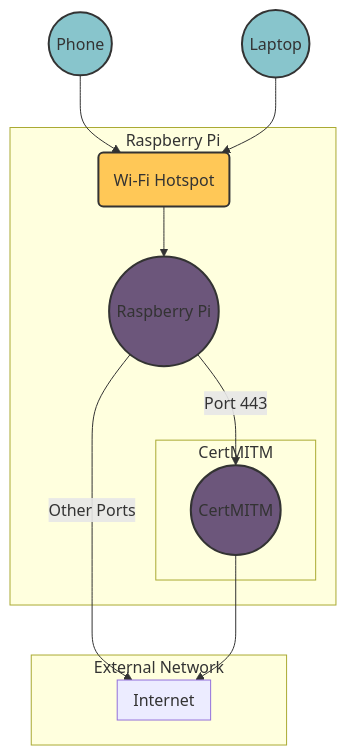
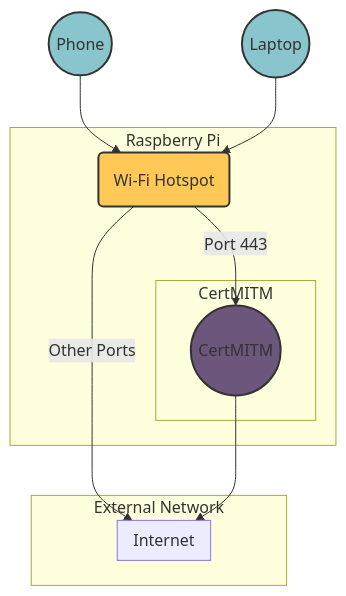
One commit to HenryPol14/CloudAndNetworkSecurity changed the second of 2 diagrams in 3. Network Protocols/README.md. Above: the diagram before and after it, drawn with Mermaid. The commit also changed other lines of this file, not shown here.

````diff
--- a/3. Network Protocols/README.md
+++ b/3. Network Protocols/README.md
@@ -510,25 +509,22 @@
 ```mermaid
 graph TD;
     subgraph "External Network"
         subgraph "Internet"
             end
         end
     subgraph "Raspberry Pi"
-        pi((Raspberry Pi))
         wifi(Wi-Fi Hotspot)
         subgraph "CertMITM"
             certmitm((CertMITM))
         end
     end
     phone((Phone)) --> wifi
     laptop((Laptop)) --> wifi
-    wifi --> pi
-    pi -->|Port 443| certmitm
-    pi -->|Other Ports| Internet
+    wifi -->|Port 443| certmitm
+    wifi -->|Other Ports| Internet
     certmitm --> Internet
     style phone fill:#88C5CC,stroke:#333,stroke-width:2px;
     style laptop fill:#88C5CC,stroke:#333,stroke-width:2px;
     style wifi fill:#FFC857,stroke:#333,stroke-width:2px;
-    style pi fill:#6C567B,stroke:#333,stroke-width:2px;
     style certmitm fill:#6C567B,stroke:#333,stroke-width:2px;
 ```
````
